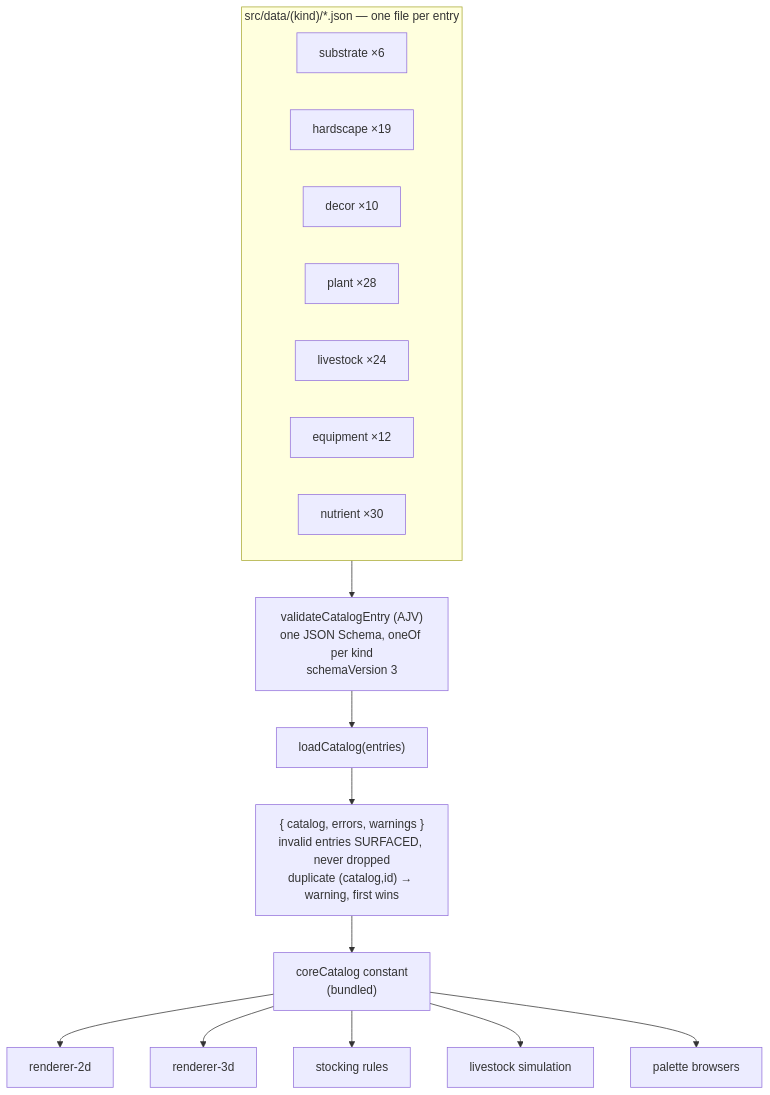
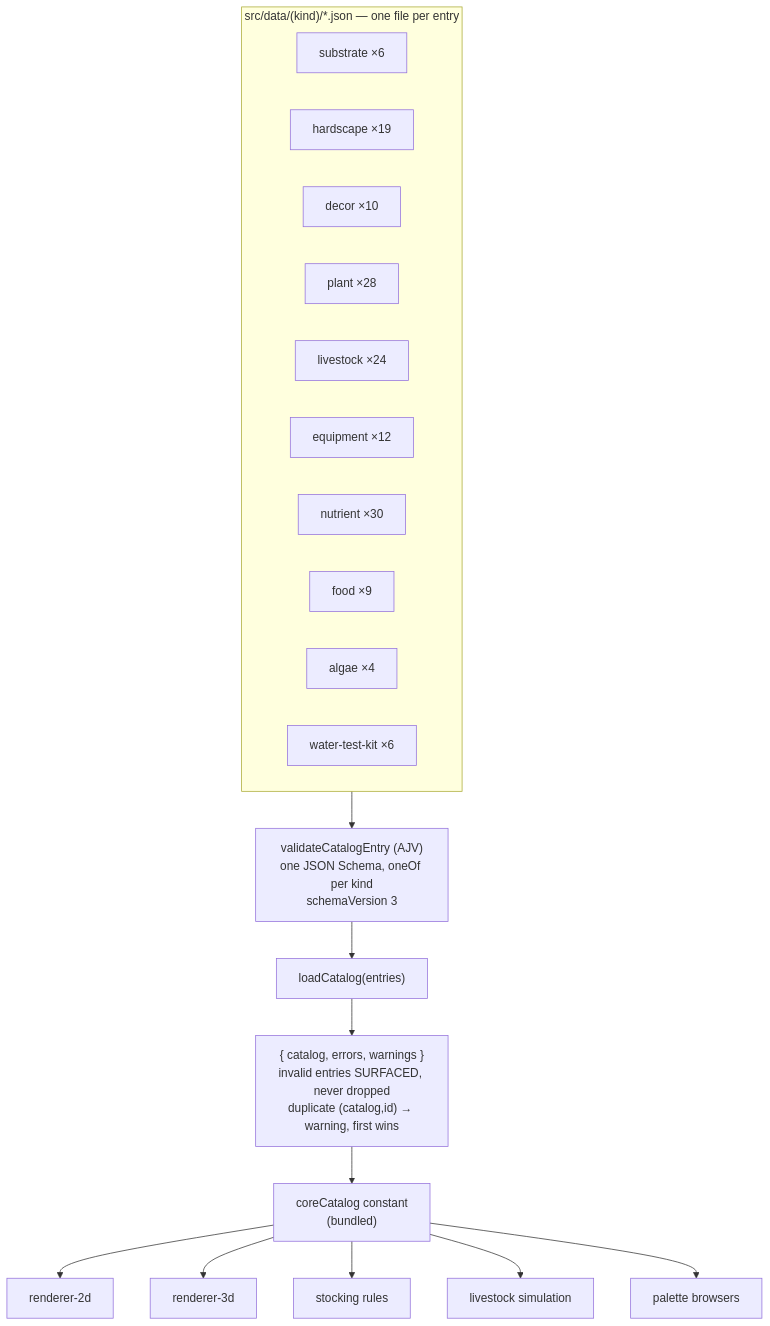
The diagram in docs/architecture/catalog.md (joebarbere/aquascape), drawn with Mermaid before and after one commit. The commit also changed other lines of this file and 27 other files, not shown here.

First line of the commit message:
feat(catalog): food / algae / water-test-kit kinds (Stage 13 F13.4)

````diff
--- a/docs/architecture/catalog.md
+++ b/docs/architecture/catalog.md
@@ -15,17 +15,20 @@
 ```mermaid
 flowchart TD
     subgraph manifests ["src/data/(kind)/*.json — one file per entry"]
         S[substrate ×6]
         H[hardscape ×19]
         D[decor ×10]
         P[plant ×28]
         L[livestock ×24]
         E[equipment ×12]
         N[nutrient ×30]
+        F[food ×9]
+        A[algae ×4]
+        TK[water-test-kit ×6]
     end
     manifests --> V["validateCatalogEntry (AJV)<br/>one JSON Schema, oneOf per kind<br/>schemaVersion 3"]
     V --> LD["loadCatalog(entries)"]
     LD --> OUT["{ catalog, errors, warnings }<br/>invalid entries SURFACED, never dropped<br/>duplicate (catalog,id) → warning, first wins"]
     OUT --> CC["coreCatalog constant<br/>(bundled)"]
     CC --> R2D[renderer-2d] & R3D[renderer-3d] & STK[stocking rules] & SIM[livestock simulation] & UI[palette browsers]
 ```
````
